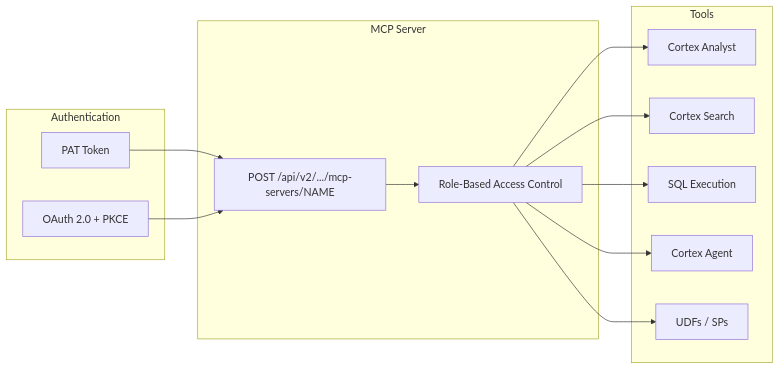
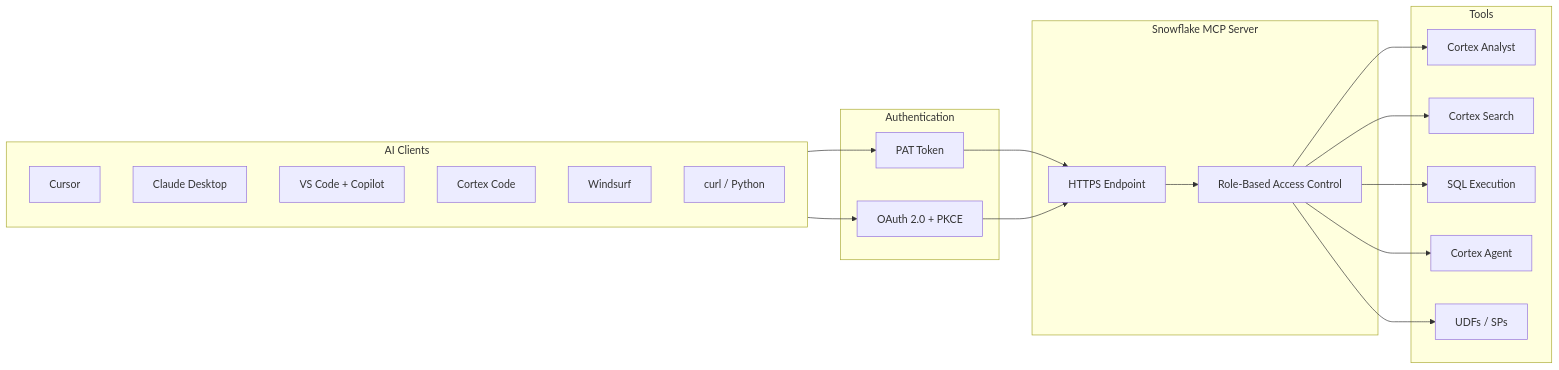
Before and after one commit to sfc-gh-miwhitaker/sfe-public: the first of 5 diagrams in guide-mcp-auth/README.md, drawn with Mermaid. The commit also changed other lines of this file and 3 other files, not shown here.

````diff
--- a/guide-mcp-auth/README.md
+++ b/guide-mcp-auth/README.md
@@ -13,29 +13,40 @@
 ```mermaid
 flowchart LR
+    subgraph clients [AI Clients]
+        Cursor[Cursor]
+        Claude[Claude Desktop]
+        VSCode[VS Code + Copilot]
+        CortexCode[Cortex Code]
+        Windsurf[Windsurf]
+        Custom[curl / Python]
+    end
+
     subgraph auth [Authentication]
         PAT[PAT Token]
         OAuth[OAuth 2.0 + PKCE]
     end
 
-    subgraph mcp [MCP Server]
-        Endpoint["POST /api/v2/.../mcp-servers/NAME"]
+    subgraph mcp [Snowflake MCP Server]
+        Endpoint["HTTPS Endpoint"]
         RBAC[Role-Based Access Control]
     end
 
     subgraph tools [Tools]
         Analyst[Cortex Analyst]
         Search[Cortex Search]
         SQL[SQL Execution]
         Agent[Cortex Agent]
-        Custom[UDFs / SPs]
+        UDF[UDFs / SPs]
     end
 
+    clients --> PAT
+    clients --> OAuth
     PAT --> Endpoint
     OAuth --> Endpoint
     Endpoint --> RBAC
     RBAC --> Analyst
     RBAC --> Search
     RBAC --> SQL
     RBAC --> Agent
-    RBAC --> Custom
+    RBAC --> UDF
 ```
````
